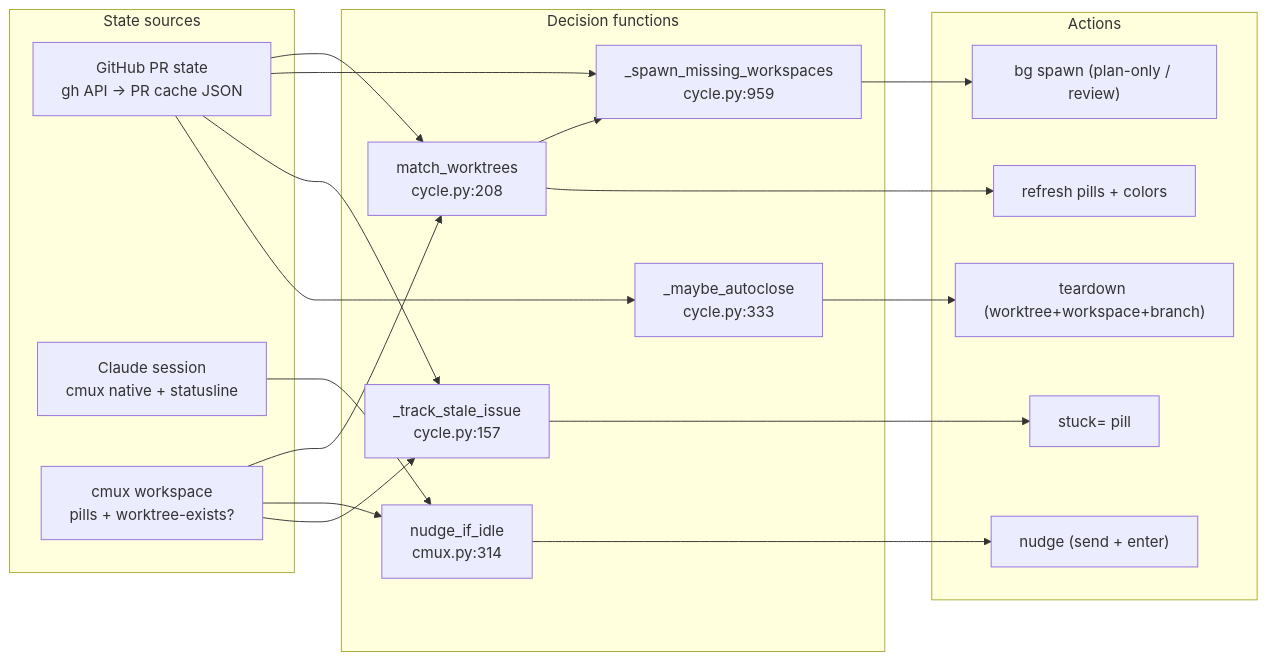
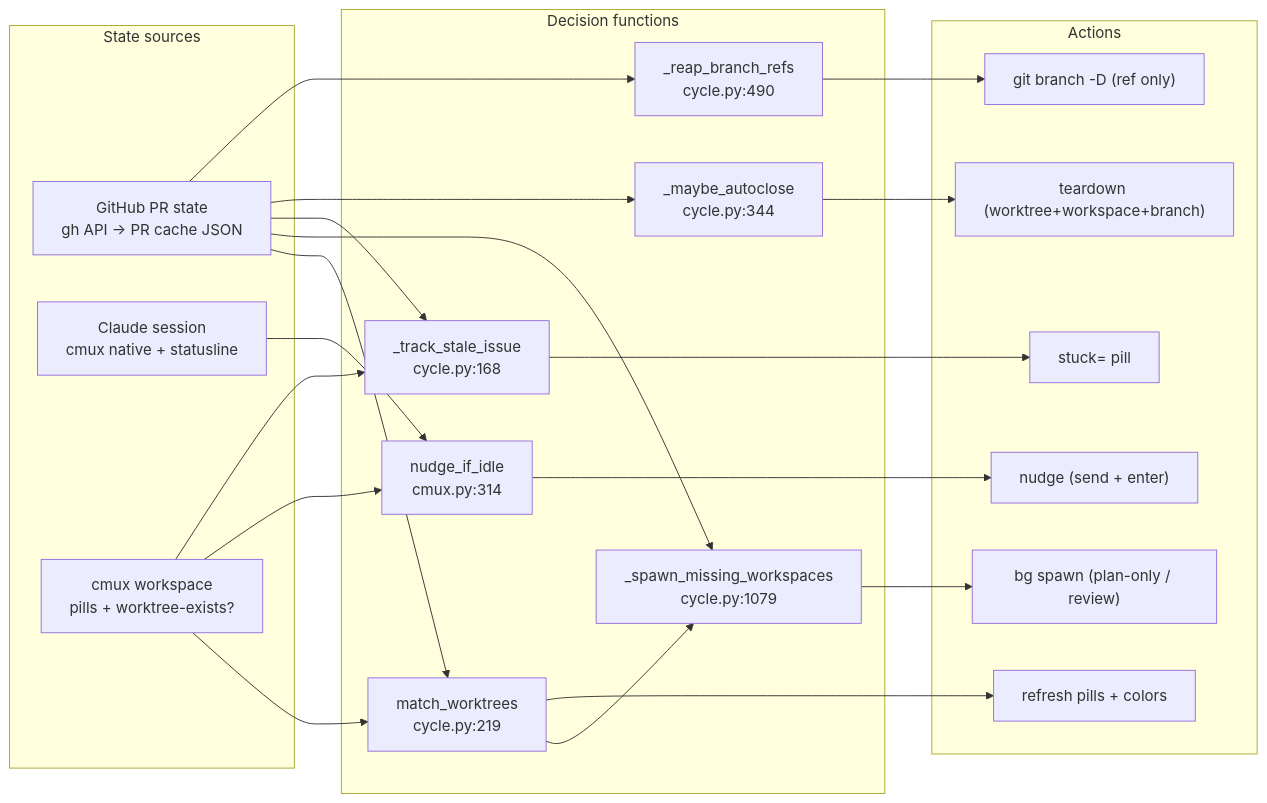
Before and after one commit to khivi/cockpit: the first of 6 diagrams in docs/state-machine.md, drawn with Mermaid. The commit also changed other lines of this file and 5 other files, not shown here.

First line of the commit message:
feat(reaper): reap stale local branches with no worktree (#156)

````diff
--- a/docs/state-machine.md
+++ b/docs/state-machine.md
@@ -24,35 +24,38 @@
 ```mermaid
 flowchart LR
   subgraph SRC["State sources"]
     GH["GitHub PR state<br/>gh API → PR cache JSON"]
     CL["Claude session<br/>cmux native + statusline"]
     CM["cmux workspace<br/>pills + worktree-exists?"]
   end
 
   subgraph DEC["Decision functions"]
-    MW["match_worktrees<br/>cycle.py:208"]
-    SM["_spawn_missing_workspaces<br/>cycle.py:959"]
+    MW["match_worktrees<br/>cycle.py:219"]
+    SM["_spawn_missing_workspaces<br/>cycle.py:1079"]
     NI["nudge_if_idle<br/>cmux.py:314"]
-    TS["_track_stale_issue<br/>cycle.py:157"]
-    AC["_maybe_autoclose<br/>cycle.py:333"]
+    TS["_track_stale_issue<br/>cycle.py:168"]
+    AC["_maybe_autoclose<br/>cycle.py:344"]
+    BR["_reap_branch_refs<br/>cycle.py:490"]
   end
 
   subgraph ACT["Actions"]
     A1["bg spawn (plan-only / review)"]
     A2["nudge (send + enter)"]
     A3["stuck= pill"]
     A4["teardown (worktree+workspace+branch)"]
     A5["refresh pills + colors"]
+    A6["git branch -D (ref only)"]
   end
 
-  GH --> MW & SM & TS & AC
+  GH --> MW & SM & TS & AC & BR
   CM --> MW & NI & TS
   CL --> NI
 
   MW --> SM
   SM --> A1
   NI --> A2
   TS --> A3
   AC --> A4
   MW --> A5
+  BR --> A6
 ```
````
